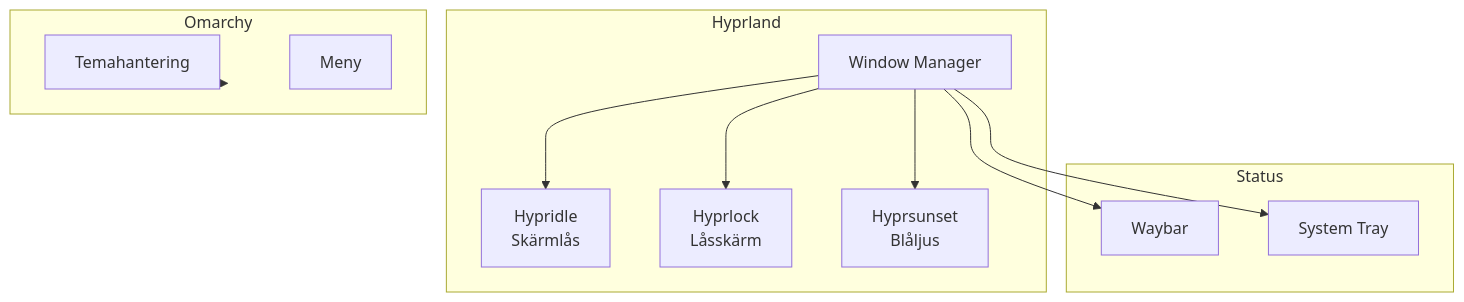
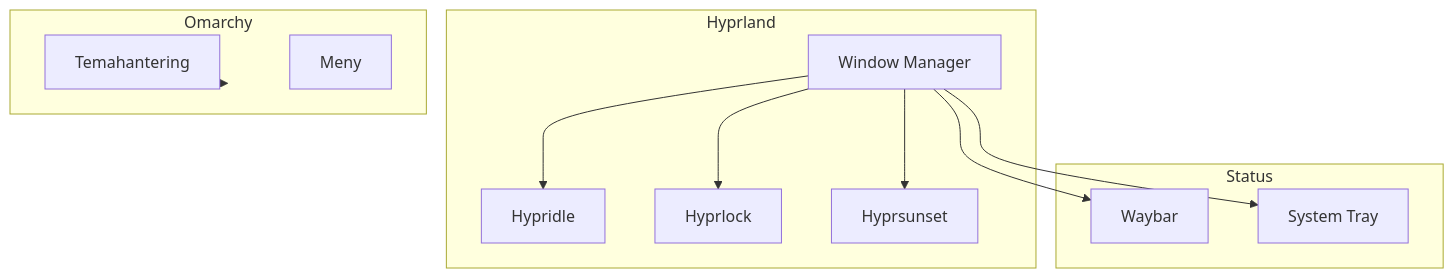
Before and after one commit to simonbrundin/dotfiles: the second of 4 diagrams in README.md, drawn with Mermaid. The commit also changed other lines of this file, not shown here.

Commit message:
fix: correct Mermaid diagrams for GitHub compatibility

````diff
--- a/README.md
+++ b/README.md
@@ -410,26 +381,26 @@
 ```mermaid
 flowchart TB
     subgraph Hyprland
         WM[Window Manager]
-        Idle[Hypridle<br/>Skärmlås]
-        Lock[Hyprlock<br/>Låsskärm]
-        Sunset[Hyprsunset<br/>Blåljus]
+        Idle[Hypridle]
+        Lock[Hyprlock]
+        Sunset[Hyprsunset]
     end
 
     subgraph Omarchy
         Theme[Temahantering]
         Menu[Meny]
     end
 
     subgraph Status
         Waybar[Waybar]
         Tray[System Tray]
     end
 
     WM --> Idle
     WM --> Lock
     WM --> Sunset
     WM --> Waybar
+    WM --> Tray
     Omarchy --> Theme
-    WM --> Tray
 ```
````
